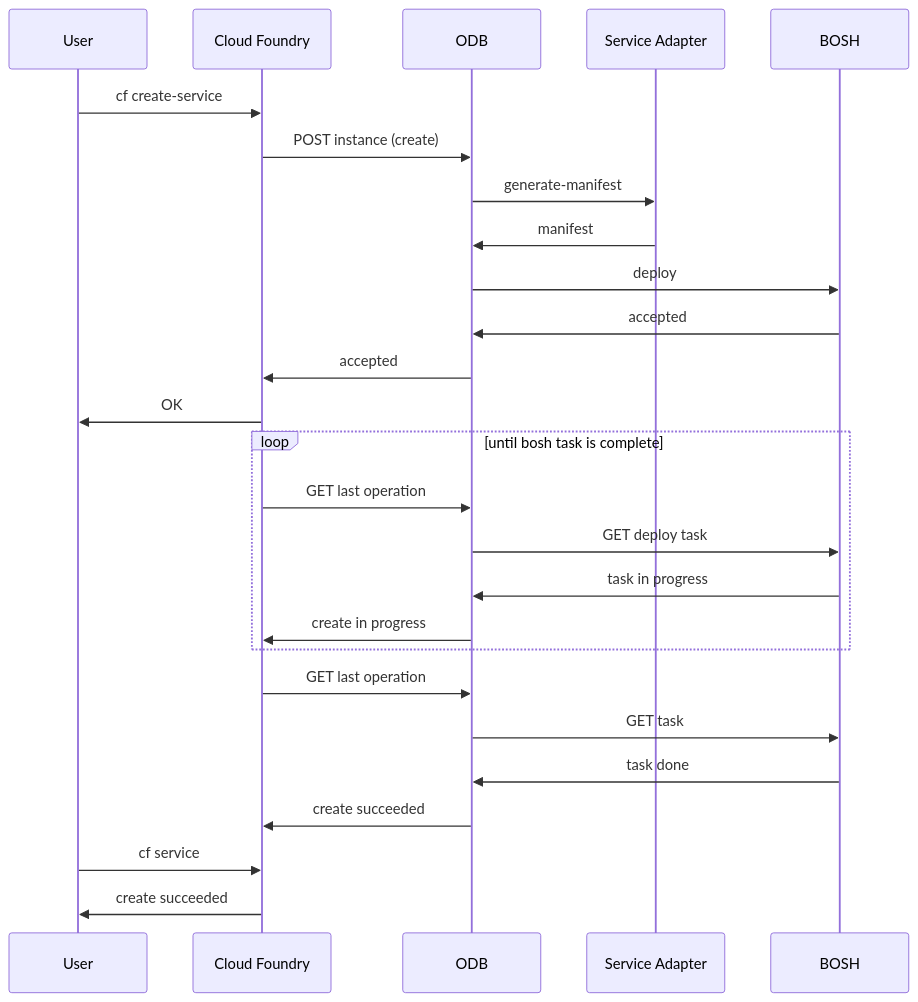
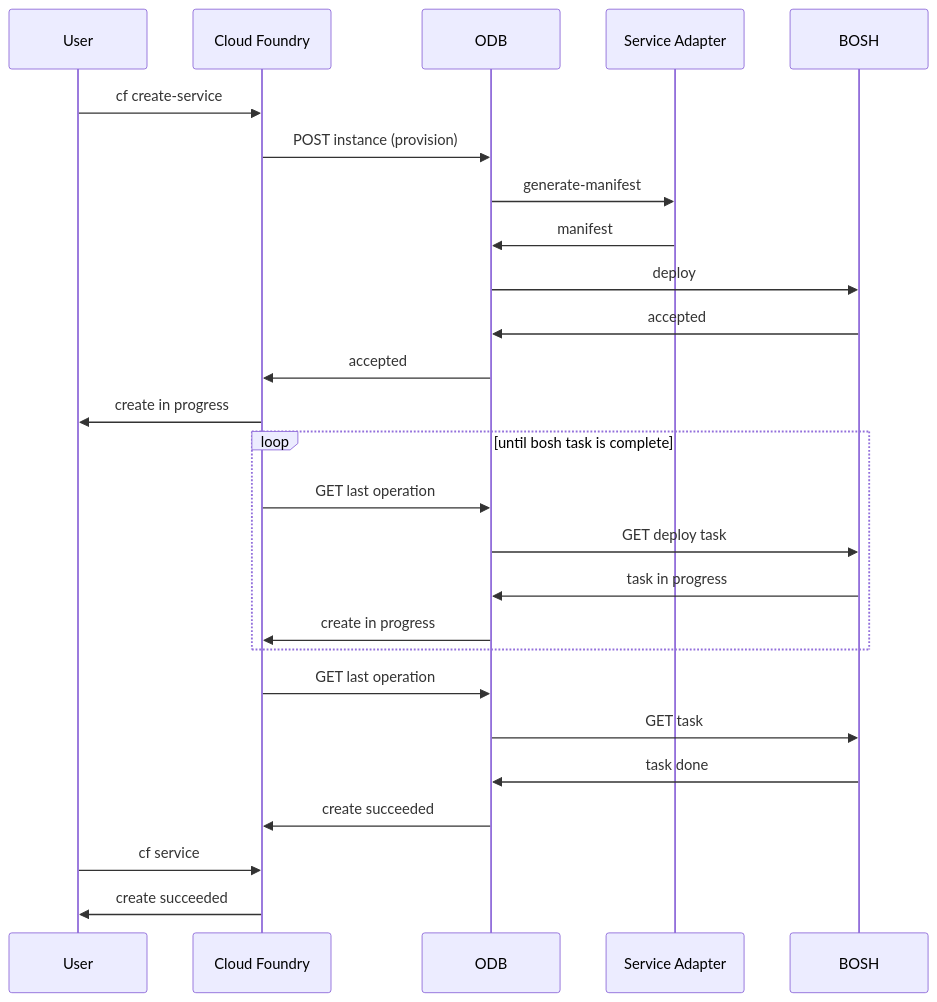
Before and after one commit to pivotal-cf/docs-on-demand-service-broker: the diagram in mmd/create_service_workflow.mmd, drawn with Mermaid. The commit also changed 5 other files, not shown here.

First line of the commit message:
Improve sequence diagrams

```diff
--- a/mmd/create_service_workflow.mmd
+++ b/mmd/create_service_workflow.mmd
@@ -1,23 +1,23 @@
 <div class="mermaid">
 sequenceDiagram
   User->> Cloud Foundry: cf create-service
-  Cloud Foundry->> ODB: POST instance (create)
+  Cloud Foundry->> ODB: POST instance (provision)
   ODB->>Service Adapter: generate-manifest
   Service Adapter->>ODB: manifest
   ODB->>BOSH: deploy
   BOSH->>ODB: accepted
   ODB->>Cloud Foundry: accepted
-  Cloud Foundry->>User: OK
+  Cloud Foundry->>User: create in progress
   loop until bosh task is complete
     Cloud Foundry->>ODB: GET last operation
     ODB->>BOSH: GET deploy task
     BOSH->>ODB: task in progress
     ODB->>Cloud Foundry: create in progress
   end
   Cloud Foundry->>ODB: GET last operation
   ODB->>BOSH: GET task
   BOSH->>ODB: task done
   ODB->>Cloud Foundry: create succeeded
   User->>Cloud Foundry:cf service
   Cloud Foundry->>User: create succeeded
 </div>
```
